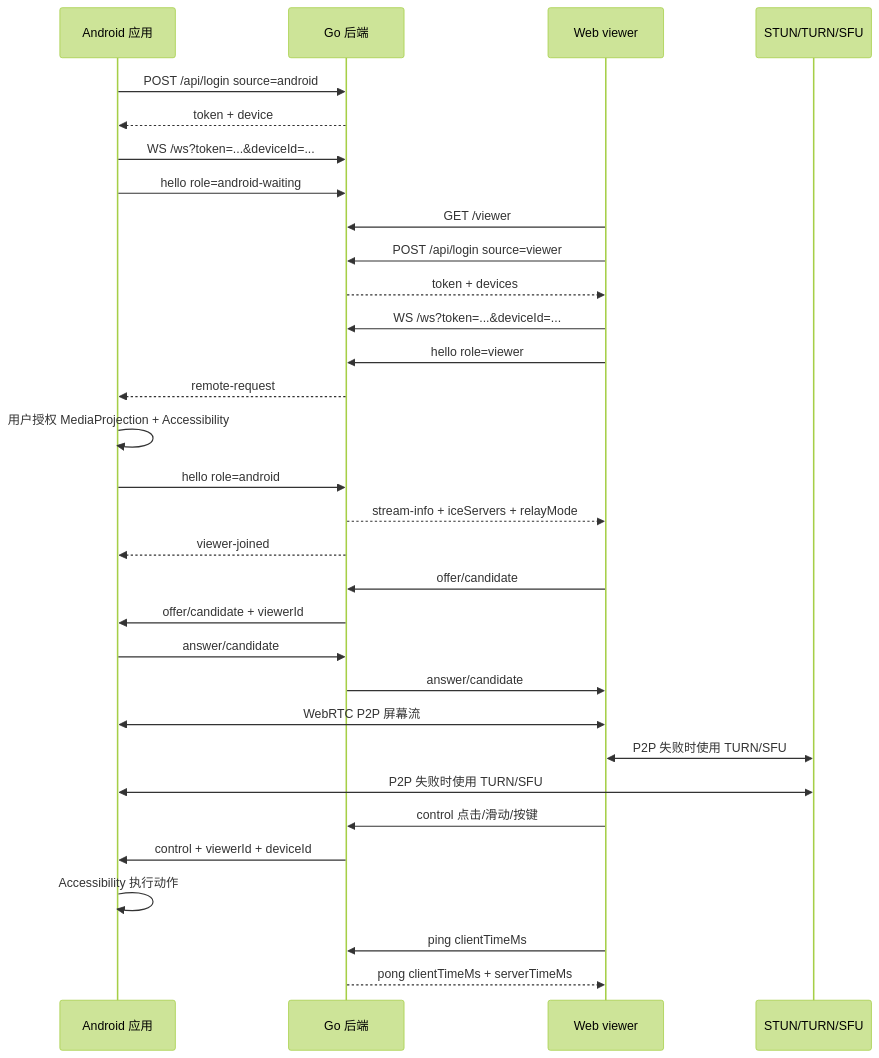
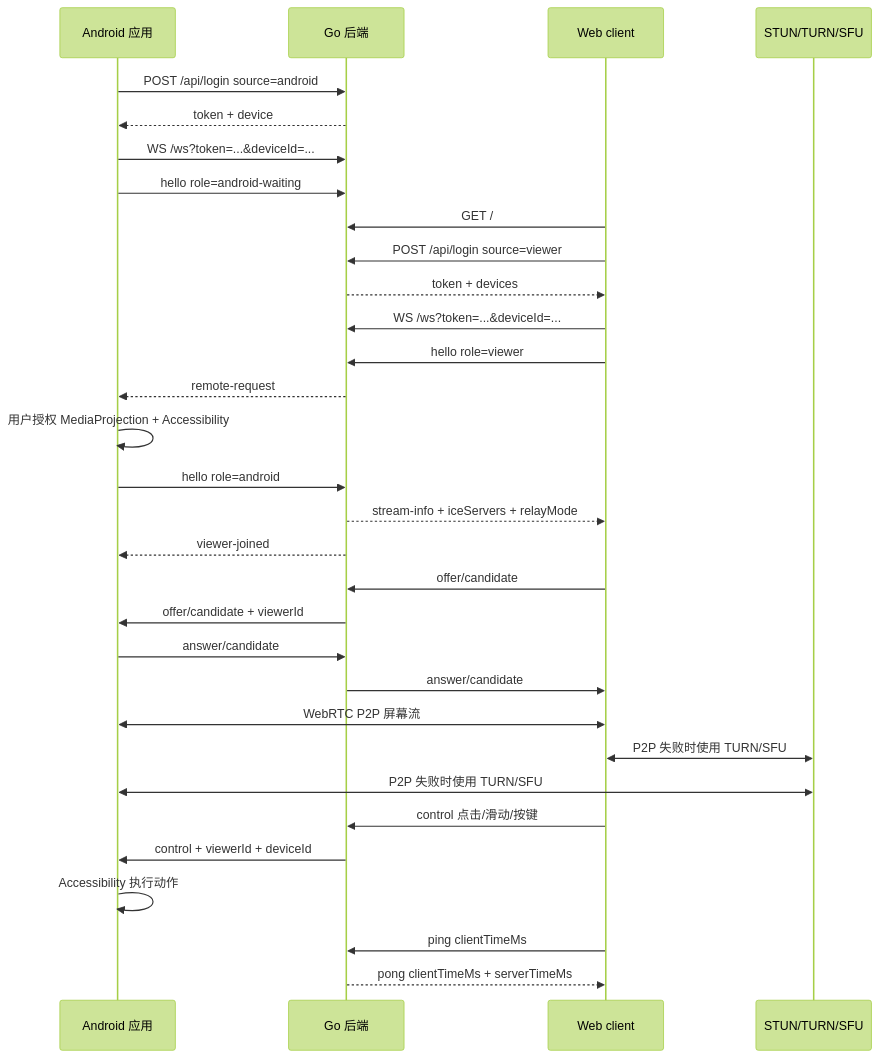
One commit to longjie2333/lead changed the second of 2 diagrams in server/README.md. Above: the diagram before and after it, drawn with Mermaid (forest theme). The commit also changed other lines of this file and 64 other files, not shown here.

Commit message:
Change mini program to web client, Update docs and workflow

````diff
--- a/server/README.md
+++ b/server/README.md
@@ -349,40 +369,40 @@
 ```mermaid
 sequenceDiagram
     participant Android as Android 应用
     participant Server as Go 后端
-    participant Viewer as Web viewer
+    participant Viewer as Web client
     participant Relay as STUN/TURN/SFU
 
     Android->>Server: POST /api/login source=android
     Server-->>Android: token + device
     Android->>Server: WS /ws?token=...&deviceId=...
     Android->>Server: hello role=android-waiting
 
-    Viewer->>Server: GET /viewer
+    Viewer->>Server: GET /
     Viewer->>Server: POST /api/login source=viewer
     Server-->>Viewer: token + devices
     Viewer->>Server: WS /ws?token=...&deviceId=...
     Viewer->>Server: hello role=viewer
     Server-->>Android: remote-request
 
     Android->>Android: 用户授权 MediaProjection + Accessibility
     Android->>Server: hello role=android
     Server-->>Viewer: stream-info + iceServers + relayMode
     Server-->>Android: viewer-joined
 
     Viewer->>Server: offer/candidate
     Server->>Android: offer/candidate + viewerId
     Android->>Server: answer/candidate
     Server->>Viewer: answer/candidate
 
     Viewer<<->>Android: WebRTC P2P 屏幕流
     Viewer<<->>Relay: P2P 失败时使用 TURN/SFU
     Android<<->>Relay: P2P 失败时使用 TURN/SFU
 
     Viewer->>Server: control 点击/滑动/按键
     Server->>Android: control + viewerId + deviceId
     Android->>Android: Accessibility 执行动作
 
     Viewer->>Server: ping clientTimeMs
     Server-->>Viewer: pong clientTimeMs + serverTimeMs
 ```
````
